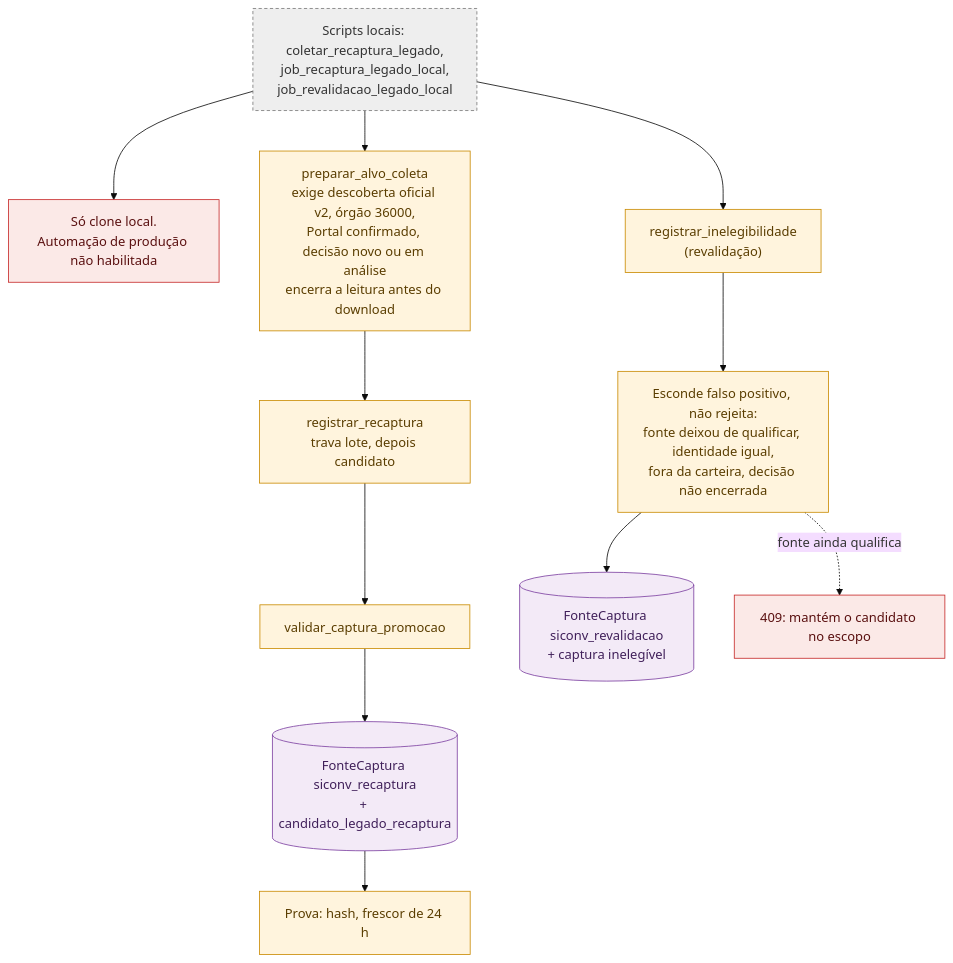
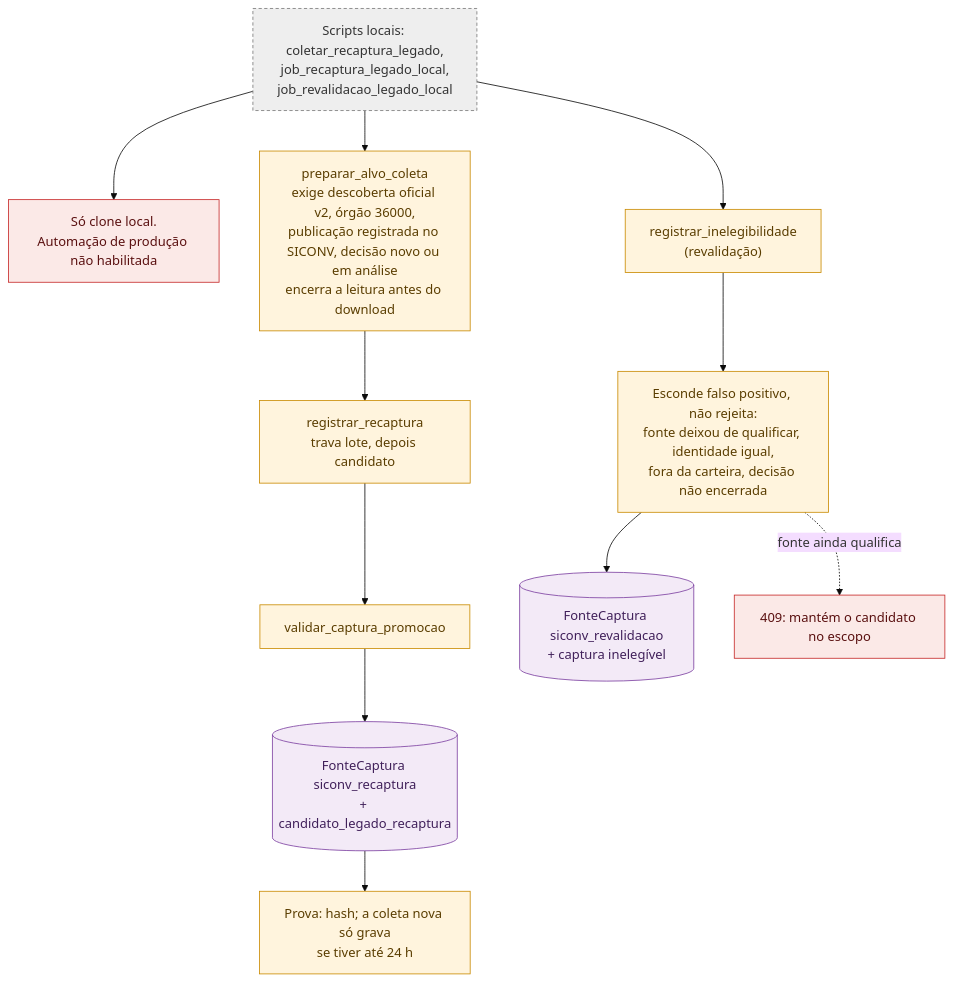
Before and after one commit to devs-ministerio/par_equipamentos: the seventh of 21 diagrams in docs/mermaid/radar-instrumentos.md, drawn with Mermaid (base theme). The commit also changed other lines of this file and 6 other files, not shown here.

Commit message:
docs: corrige mapas Mermaid segundo a auditoria (Portal opcional, prova gravada, cardinalidades, rotas, jobs)

````diff
--- a/docs/mermaid/radar-instrumentos.md
+++ b/docs/mermaid/radar-instrumentos.md
@@ -178,18 +180,18 @@
 ```mermaid
 flowchart TB
     classDef job fill:#EEE,stroke:#777,color:#333,stroke-dasharray:4 3
     classDef regra fill:#FFF4DD,stroke:#C98A00,color:#5a3d00
     classDef dado fill:#F3EAF7,stroke:#7B3FA0,color:#40205a
     classDef erro fill:#FBE9E7,stroke:#C62828,color:#5a1010
 
     LOC["Scripts locais: coletar_recaptura_legado,<br/>job_recaptura_legado_local,<br/>job_revalidacao_legado_local"]:::job --> AVISO["Só clone local.<br/>Automação de produção não habilitada"]:::erro
-    LOC --> PREP["preparar_alvo_coleta<br/>exige descoberta oficial v2, órgão 36000,<br/>Portal confirmado, decisão novo ou em análise<br/>encerra a leitura antes do download"]:::regra
+    LOC --> PREP["preparar_alvo_coleta<br/>exige descoberta oficial v2, órgão 36000,<br/>publicação registrada no SICONV, decisão novo ou em análise<br/>encerra a leitura antes do download"]:::regra
     PREP --> REGR["registrar_recaptura<br/>trava lote, depois candidato"]:::regra
     REGR --> VAL["validar_captura_promocao"]:::regra
     VAL --> OKR[("FonteCaptura siconv_recaptura<br/>+ candidato_legado_recaptura")]:::dado
-    OKR --> PROVA["Prova: hash, frescor de 24 h"]:::regra
+    OKR --> PROVA["Prova: hash; a coleta nova só grava<br/>se tiver até 24 h"]:::regra
     LOC --> RV["registrar_inelegibilidade<br/>(revalidação)"]:::regra
     RV --> RVR["Esconde falso positivo, não rejeita:<br/>fonte deixou de qualificar, identidade igual,<br/>fora da carteira, decisão não encerrada"]:::regra
     RVR --> RVD[("FonteCaptura siconv_revalidacao<br/>+ captura inelegível")]:::dado
     RVR -. "fonte ainda qualifica" .-> E409["409: mantém o candidato no escopo"]:::erro
 ```
````
